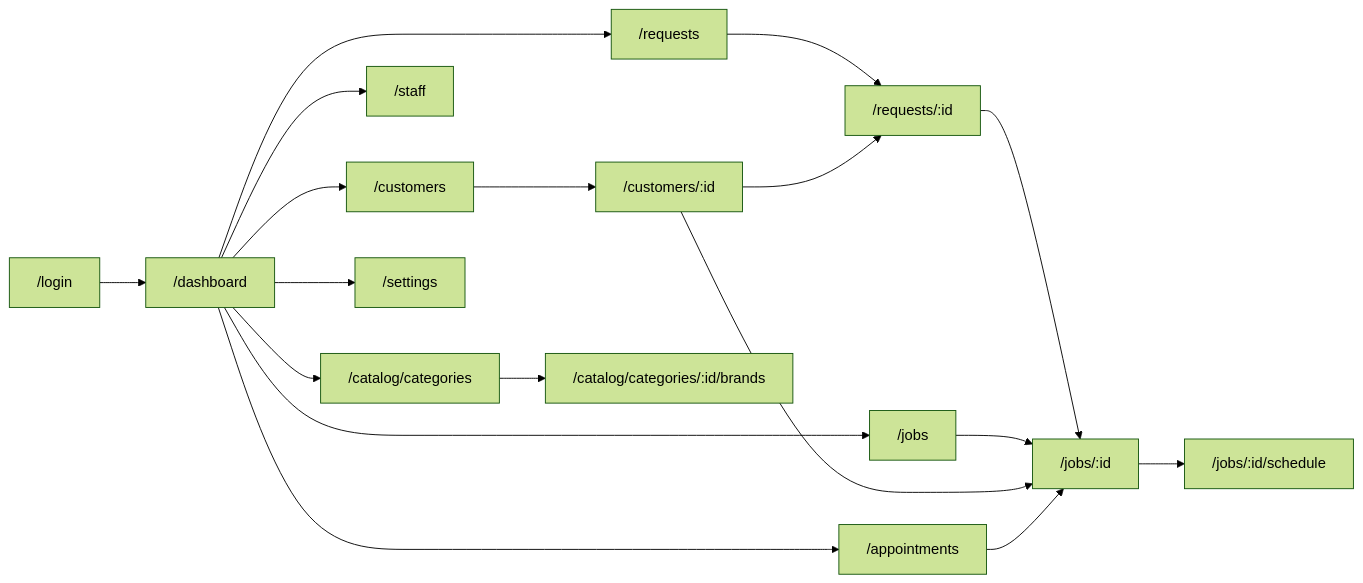
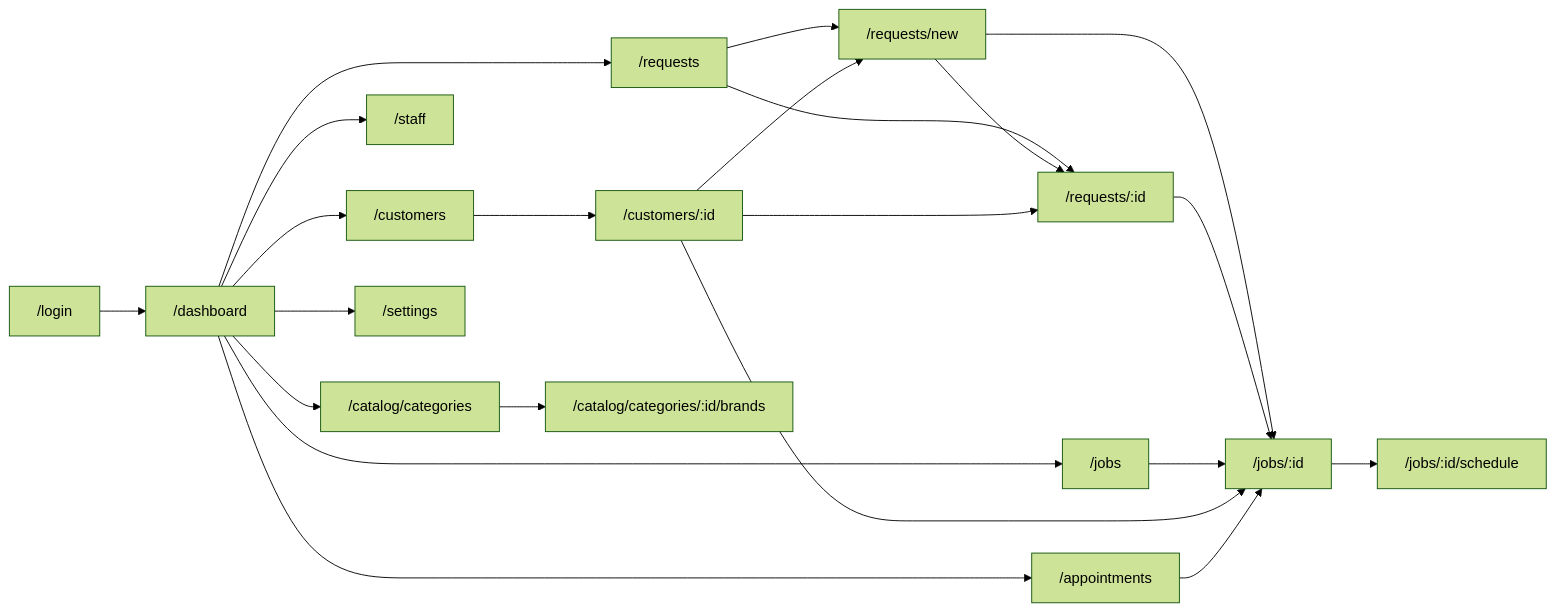
Before and after one commit to mayurjaiswal9/RepairDesk: the diagram in docs/admin-panel/README.md, drawn with Mermaid (forest theme). The commit also changed other lines of this file and 77 other files, not shown here.

````diff
--- a/docs/admin-panel/README.md
+++ b/docs/admin-panel/README.md
@@ -113,20 +116,24 @@
 ```mermaid
 flowchart LR
   Login["/login"] --> Dash["/dashboard"]
   Dash --> Req["/requests"]
   Dash --> Jobs["/jobs"]
   Dash --> Appt["/appointments"]
   Dash --> Cust["/customers"]
   Dash --> Staff["/staff"]
   Dash --> Cat["/catalog/categories"]
   Dash --> Set["/settings"]
+  Req --> ReqNew["/requests/new"]
   Req --> ReqD["/requests/:id"]
-  ReqD --> JobD["/jobs/:id"]
+  ReqNew --> ReqD
+  ReqNew --> JobD["/jobs/:id"]
+  ReqD --> JobD
   Jobs --> JobD
   JobD --> Sched["/jobs/:id/schedule"]
   Cust --> CustD["/customers/:id"]
+  CustD --> ReqNew
   CustD --> ReqD
   CustD --> JobD
   Cat --> Brands["/catalog/categories/:id/brands"]
   Appt --> JobD
 ```
````
